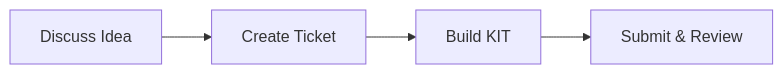
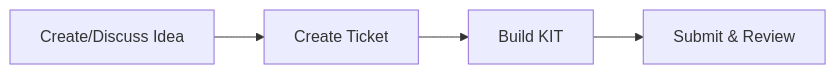
One commit to eclipse-tractusx/eclipse-tractusx.github.io changed the first of 2 diagrams in documentation/kit-getting-started.mdx. Above: the diagram before and after it, drawn with Mermaid. The commit also changed other lines of this file and 28 other files, not shown here.

````diff
--- a/documentation/kit-getting-started.mdx
+++ b/documentation/kit-getting-started.mdx
@@ -187,4 +309,4 @@
 ```mermaid
 flowchart LR
-    A["Discuss Idea"] --> B["Create Ticket"] --> C["Build KIT"] --> D["Submit & Review"]
+    A["Create/Discuss Idea"] --> B["Create Ticket"] --> C["Build KIT"] --> D["Submit & Review"]
 ```
````
